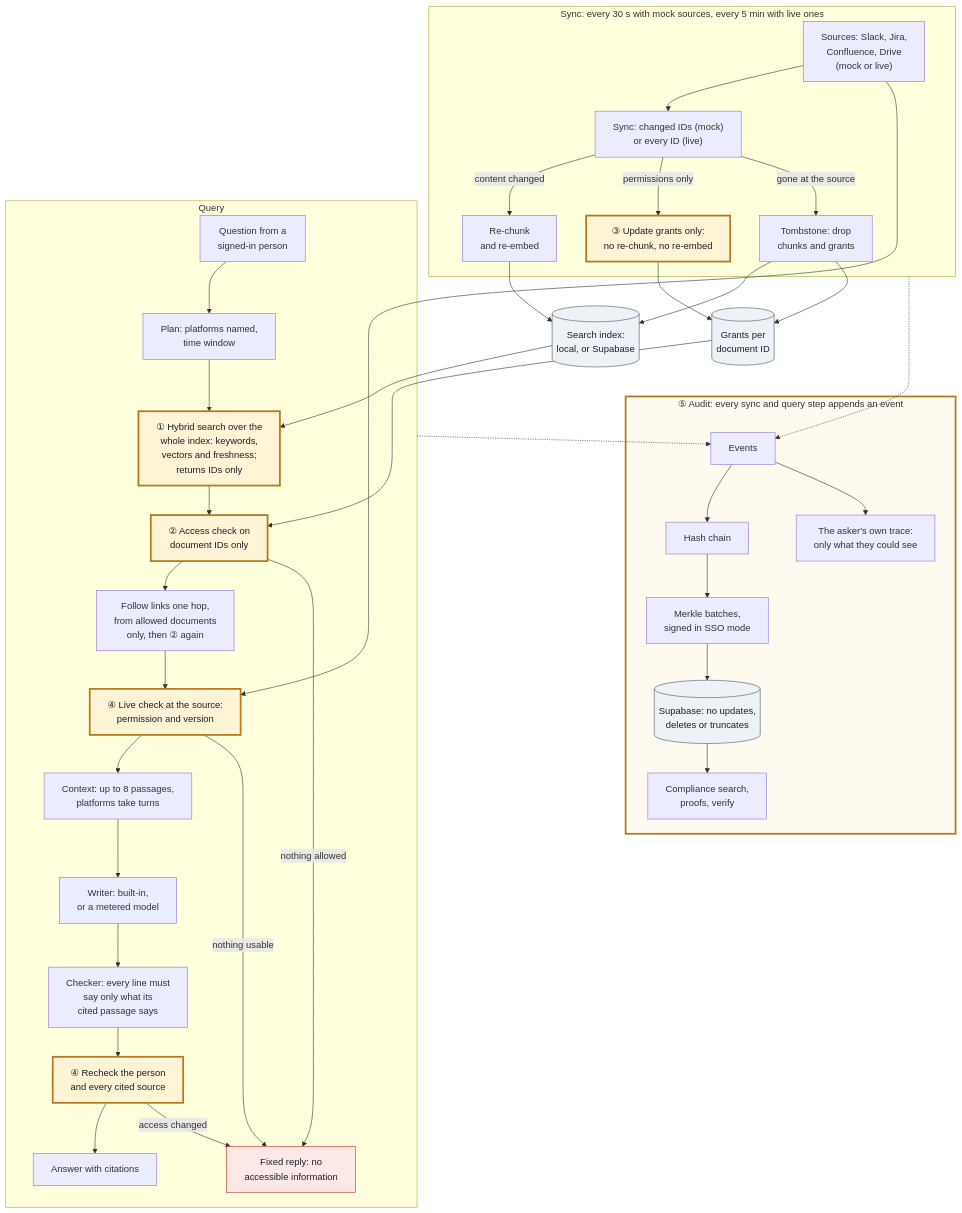
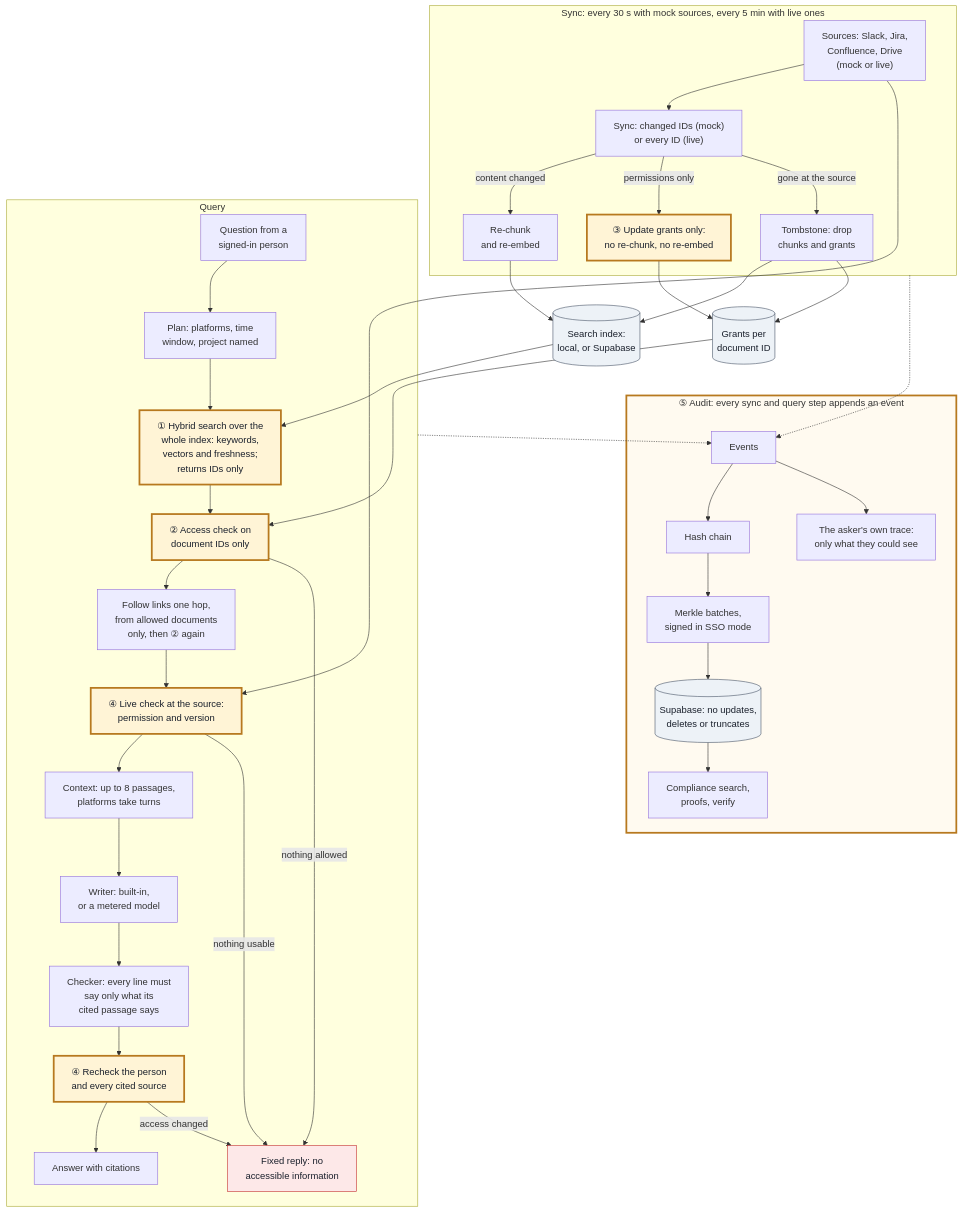
The diagram in docs/architecture.md (Danixjg/Broppy), drawn with Mermaid before and after one commit. The commit also changed other lines of this file and 10 other files, not shown here.

````diff
--- a/docs/architecture.md
+++ b/docs/architecture.md
@@ -39,55 +39,55 @@
 ```mermaid
 flowchart TB
   classDef point fill:#fff4d6,stroke:#b7791f,stroke-width:3px,color:#1a202c
   classDef store fill:#edf2f7,stroke:#4a5568,color:#1a202c
   classDef stop fill:#fde8e8,stroke:#c53030,color:#1a202c
 
   subgraph SyncLane["Sync: every 30 s with mock sources, every 5 min with live ones"]
     Sources["Sources: Slack, Jira,<br/>Confluence, Drive<br/>(mock or live)"] --> Sync["Sync: changed IDs (mock)<br/>or every ID (live)"]
     Sync -->|"content changed"| Rechunk["Re-chunk<br/>and re-embed"]
     Sync -->|"permissions only"| Grants["③ Update grants only:<br/>no re-chunk, no re-embed"]
     Sync -->|"gone at the source"| Tomb["Tombstone: drop<br/>chunks and grants"]
   end
 
   Rechunk --> Index[("Search index:<br/>local, or Supabase")]
   Tomb --> Index
   Grants --> Permissions[("Grants per<br/>document ID")]
   Tomb --> Permissions
 
   subgraph QueryLane["Query"]
-    Question["Question from a<br/>signed-in person"] --> Plan["Plan: platforms named,<br/>time window"]
+    Question["Question from a<br/>signed-in person"] --> Plan["Plan: platforms, time<br/>window, project named"]
     Plan --> Search["① Hybrid search over the<br/>whole index: keywords,<br/>vectors and freshness;<br/>returns IDs only"]
     Search --> Check["② Access check on<br/>document IDs only"]
     Check --> Links["Follow links one hop,<br/>from allowed documents<br/>only, then ② again"]
     Links --> Live["④ Live check at the source:<br/>permission and version"]
     Live --> Context["Context: up to 8 passages,<br/>platforms take turns"]
     Context --> Writer["Writer: built-in,<br/>or a metered model"]
     Writer --> Ground["Checker: every line must<br/>say only what its<br/>cited passage says"]
     Ground --> Recheck["④ Recheck the person<br/>and every cited source"]
     Recheck --> Answer["Answer with citations"]
     Check -->|"nothing allowed"| Fixed["Fixed reply: no<br/>accessible information"]
     Live -->|"nothing usable"| Fixed
     Recheck -->|"access changed"| Fixed
   end
 
   Index --> Search
   Permissions --> Check
   Sources --> Live
 
   subgraph AuditLane["⑤ Audit: every sync and query step appends an event"]
     Events["Events"] --> Chain["Hash chain"]
     Chain --> Merkle["Merkle batches,<br/>signed in SSO mode"]
     Merkle --> Rows[("Supabase: no updates,<br/>deletes or truncates")]
     Rows --> Compliance["Compliance search,<br/>proofs, verify"]
     Events --> Own["The asker's own trace:<br/>only what they could see"]
   end
 
   Permissions ~~~ Events
   SyncLane -.-> Events
   QueryLane -.-> Events
 
   class Search,Check,Grants,Live,Recheck point
   class Index,Permissions,Rows store
   class Fixed stop
   style AuditLane fill:#fffaf0,stroke:#b7791f,stroke-width:3px
 ```
````
